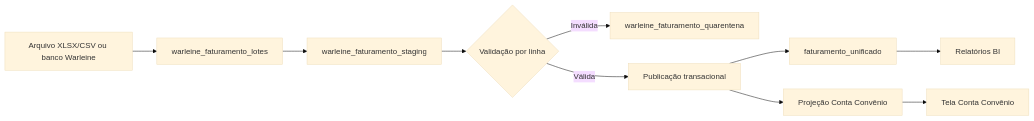
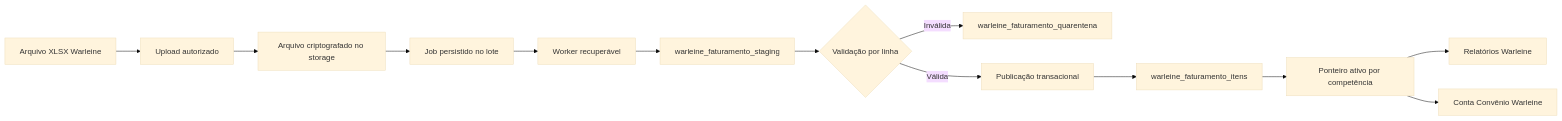
Before and after one commit to sergiohlsafatlejr-jpg/hospital_file_manager: the diagram in docs/arquitetura-faturamento-warleine.md, drawn with Mermaid (base theme). The commit also changed other lines of this file and 41 other files, not shown here.

````diff
--- a/docs/arquitetura-faturamento-warleine.md
+++ b/docs/arquitetura-faturamento-warleine.md
@@ -155,12 +176,15 @@
 ```mermaid
 flowchart LR
-    A[Arquivo XLSX/CSV ou banco Warleine] --> B[warleine_faturamento_lotes]
-    B --> C[warleine_faturamento_staging]
-    C --> D{Validação por linha}
-    D -->|Inválida| E[warleine_faturamento_quarentena]
-    D -->|Válida| F[Publicação transacional]
-    F --> G[faturamento_unificado]
-    G --> H[Relatórios BI]
-    F --> I[Projeção Conta Convênio]
-    I --> J[Tela Conta Convênio]
+    A[Arquivo XLSX Warleine] --> B[Upload autorizado]
+    B --> C[Arquivo criptografado no storage]
+    C --> D[Job persistido no lote]
+    D --> E[Worker recuperável]
+    E --> F[warleine_faturamento_staging]
+    F --> G{Validação por linha}
+    G -->|Inválida| H[warleine_faturamento_quarentena]
+    G -->|Válida| I[Publicação transacional]
+    I --> J[warleine_faturamento_itens]
+    J --> M[Ponteiro ativo por competência]
+    M --> K[Relatórios Warleine]
+    M --> L[Conta Convênio Warleine]
 ```
````
